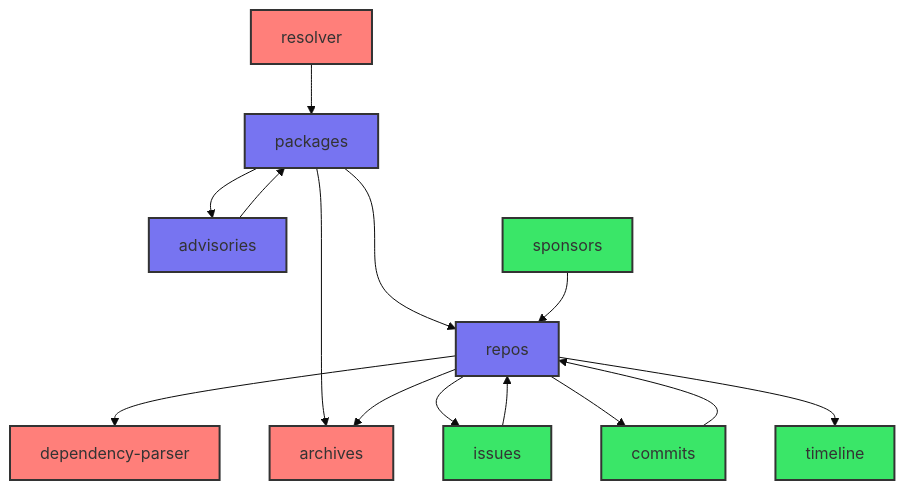
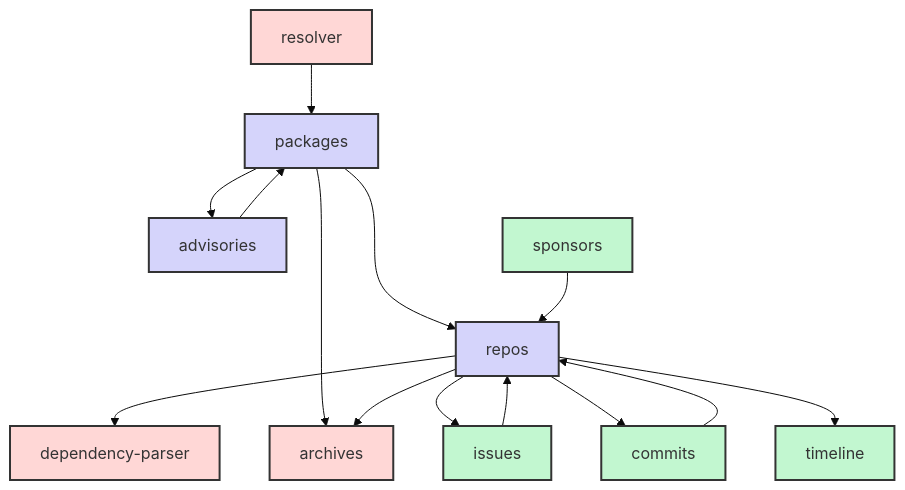
Before and after one commit to ecosyste-ms/docs: the diagram in docs/guides/architecture.md, drawn with Mermaid (base theme).

Commit message:
Wash out colours with alpha channel

````diff
--- a/docs/guides/architecture.md
+++ b/docs/guides/architecture.md
@@ -6,70 +6,70 @@
 ```mermaid
 graph TD;
 
 		packages
 		advisories
 		repos
 
 		commits
 		issues
 		sponsors
 		timeline
 
     advisories-->packages;
 
     packages-->advisories;
     packages--->repos;
     packages--->archives;
 
 		repos-->dependency-parser;
 		repos-->archives;
 		repos-->issues;
 		issues-->repos;
 		repos-->commits;
 		commits-->repos;
 
 		repos-->timeline;
 
 		sponsors-->repos;
 
 		resolver-->packages;
 
 		click packages "/docs/services/data-services/packages"
 		click advisories "/docs/services/data-services/advisories"
 		click repos "/docs/services/data-services/repositories"
 
 		click commits "/docs/services/indexes/commits"
 		click issues "/docs/services/indexes/issues"
 		click sponsors "/docs/services/indexes/sponsors"
 		click timeline "/docs/services/indexes/timeline"
 
 		click archives "/docs/services/tools/archives"
 		click dependency-parser "/docs/services/tools/dependency-parser"
 		click resolver "/docs/services/tools/resolver"
 
-		classDef indexes fill:#3AE668,stroke:#333,stroke-width:2px;
-		classDef data-services fill:#7774F1,stroke:#333,stroke-width:2px;
-		classDef tools fill:#FF7F7A,stroke:#333,stroke-width:2px;
+		classDef indexes fill:#3AE6684F,stroke:#333,stroke-width:2px;
+		classDef data-services fill:#7774F14F,stroke:#333,stroke-width:2px;
+		classDef tools fill:#FF7F7A4F,stroke:#333,stroke-width:2px;
 
 		class packages,advisories,repos data-services
 		class commits,issues,sponsors,timeline indexes
 		class archives,dependency-parser,resolver tools
 
 		%%science
 		%%summary-->packages;
 		%%summary-->repos;
 		%%summary-->timeline;
 		%%funds-->opencollective;
 		%%funds-->sponsors;
 		%%dashboards-->packages;
 		%%dashboards-->repos;
 		%%dashboards-->dependabot;
 		%%dependabot-->repos;
 		%%dependabot-->issues;
 		%%dependabot-->advisories;
 		%%dependabot-->packages;
     %%docker-->packages;
     %%packages------->npm;
     %%packages------->conda;
 
 ```
````
